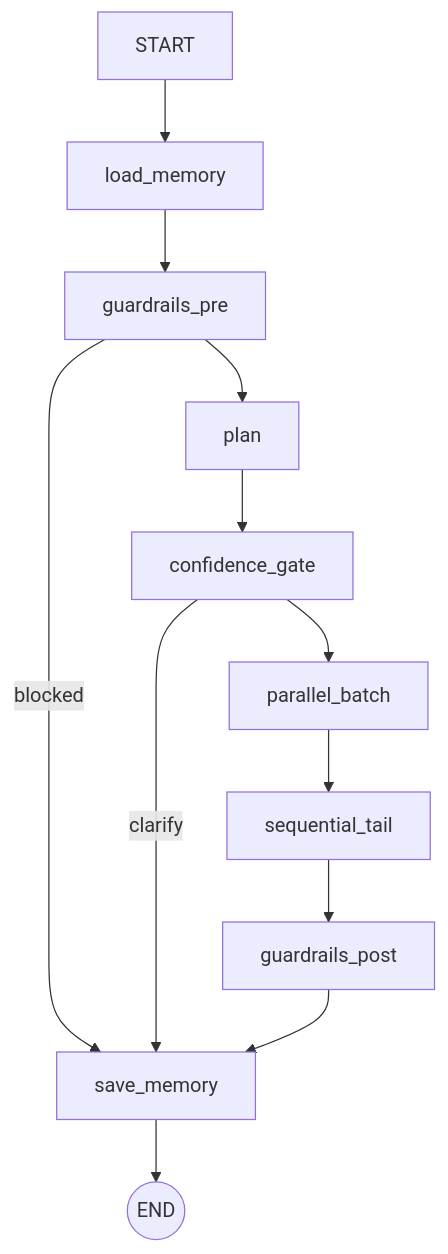
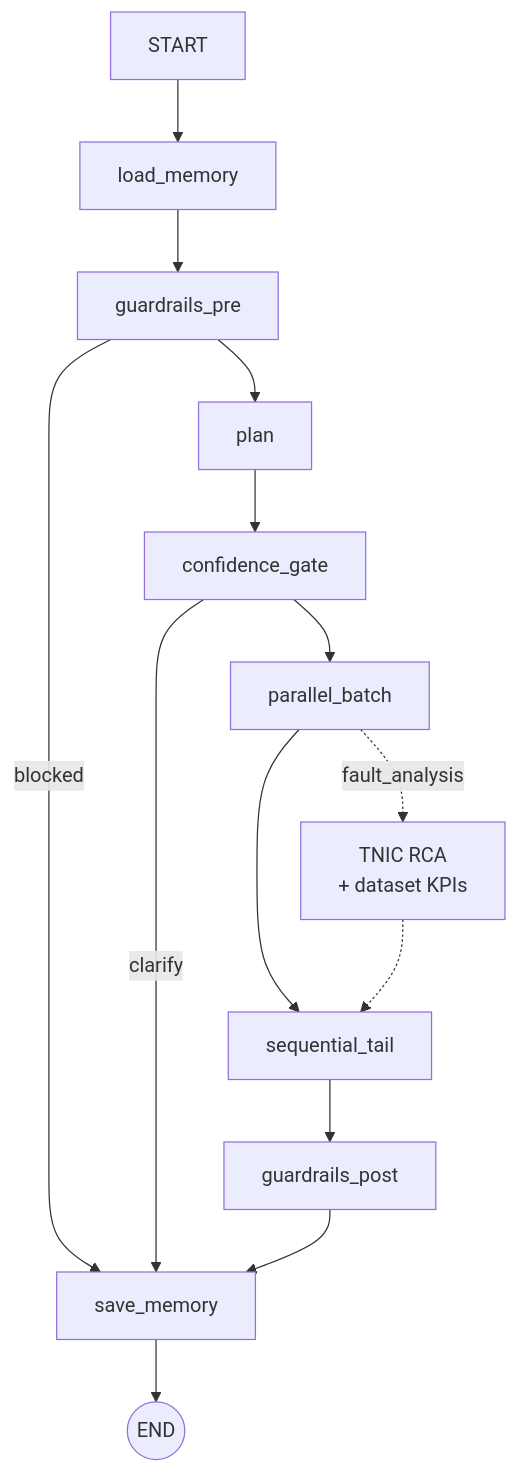
Before and after one commit to aqil2020in/telecomgpt: the first of 3 diagrams in docs/ORCHESTRATION.md, drawn with Mermaid. The commit also changed other lines of this file and 1 other file, not shown here.

First line of the commit message:
Update architecture diagrams for TNIC, datasets, and deployment

````diff
--- a/docs/ORCHESTRATION.md
+++ b/docs/ORCHESTRATION.md
@@ -33,14 +35,17 @@
 ```mermaid
 flowchart TB
     START --> LM[load_memory]
     LM --> GP[guardrails_pre]
     GP -->|blocked| SM[save_memory]
     GP --> PL[plan]
     PL --> CG[confidence_gate]
     CG -->|clarify| SM
     CG --> PB[parallel_batch]
     PB --> ST[sequential_tail]
     ST --> GO[guardrails_post]
     GO --> SM
     SM --> END((END))
+
+    PB -.->|fault_analysis| TNIC[TNIC RCA\n+ dataset KPIs]
+    TNIC -.-> ST
 ```
````
